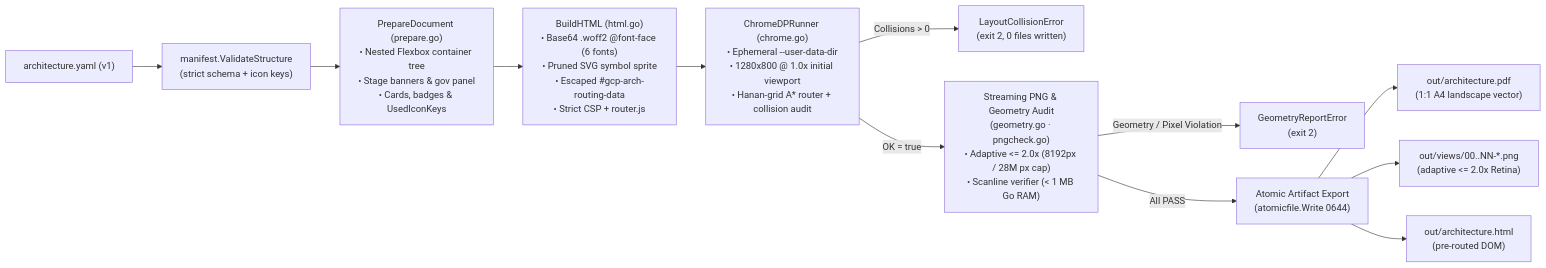
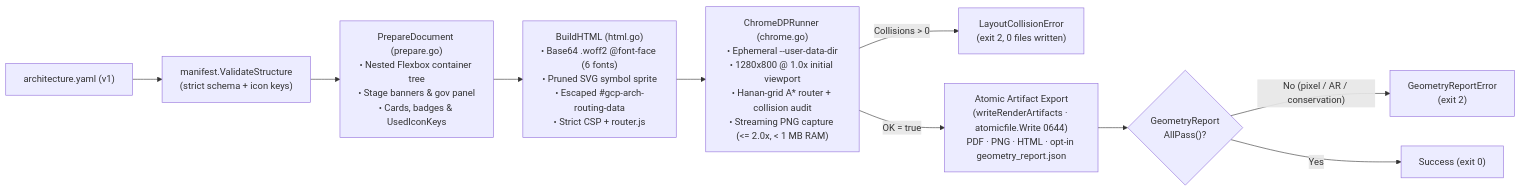
One commit to arrase/gcp-arch changed the diagram in gh-pages/rendering.md. Above: the diagram before and after it, drawn with Mermaid. The commit also changed other lines of this file and 13 other files, not shown here.

````diff
--- a/gh-pages/rendering.md
+++ b/gh-pages/rendering.md
@@ -13,14 +13,12 @@
 ```mermaid
 flowchart LR
     YAML["architecture.yaml (v1)"] --> Validate["manifest.ValidateStructure\n(strict schema + icon keys)"]
     Validate --> Prepare["PrepareDocument (prepare.go)\n• Nested Flexbox container tree\n• Stage banners & gov panel\n• Cards, badges & UsedIconKeys"]
     Prepare --> Build["BuildHTML (html.go)\n• Base64 .woff2 @font-face (6 fonts)\n• Pruned SVG symbol sprite\n• Escaped #gcp-arch-routing-data\n• Strict CSP + router.js"]
-    Build --> CDP["ChromeDPRunner (chrome.go)\n• Ephemeral --user-data-dir\n• 1280x800 @ 1.0x initial viewport\n• Hanan-grid A* router + collision audit"]
+    Build --> CDP["ChromeDPRunner (chrome.go)\n• Ephemeral --user-data-dir\n• 1280x800 @ 1.0x initial viewport\n• Hanan-grid A* router + collision audit\n• Streaming PNG capture (<= 2.0x, < 1 MB RAM)"]
     CDP -->|"Collisions > 0"| FailCol["LayoutCollisionError\n(exit 2, 0 files written)"]
-    CDP -->|"OK = true"| Stream["Streaming PNG & Geometry Audit\n(geometry.go · pngcheck.go)\n• Adaptive <= 2.0x (8192px / 28M px cap)\n• Scanline verifier (< 1 MB Go RAM)"]
-    Stream -->|"Geometry / Pixel Violation"| FailGeo["GeometryReportError\n(exit 2)"]
-    Stream -->|"All PASS"| Export["Atomic Artifact Export\n(atomicfile.Write 0644)"]
-    Export --> OutPDF["out/architecture.pdf\n(1:1 A4 landscape vector)"]
-    Export --> OutPNG["out/views/00..NN-*.png\n(adaptive <= 2.0x Retina)"]
-    Export --> OutHTML["out/architecture.html\n(pre-routed DOM)"]
+    CDP -->|"OK = true"| Export["Atomic Artifact Export\n(writeRenderArtifacts · atomicfile.Write 0644)\nPDF · PNG · HTML · opt-in geometry_report.json"]
+    Export --> CheckGeo{"GeometryReport\nAllPass()?"}
+    CheckGeo -->|"No (pixel / AR / conservation)"| FailGeo["GeometryReportError\n(exit 2)"]
+    CheckGeo -->|"Yes"| Done["Success (exit 0)"]
 ```
````
